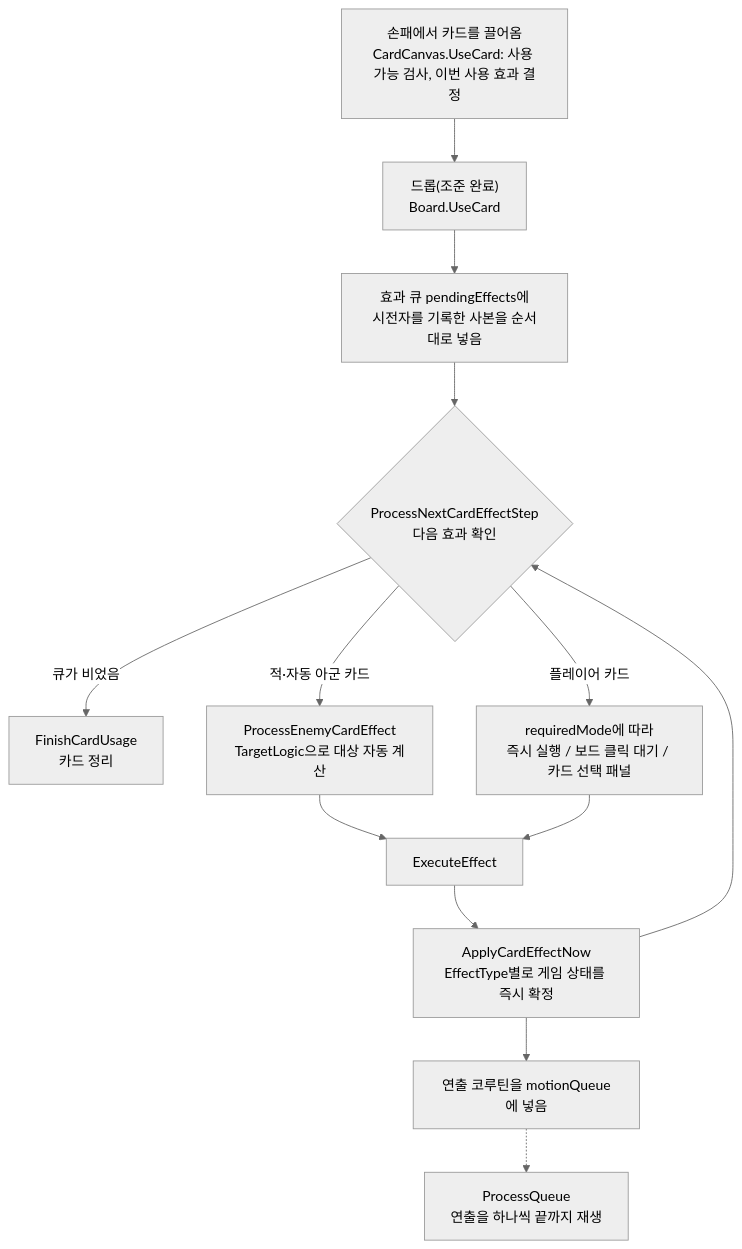
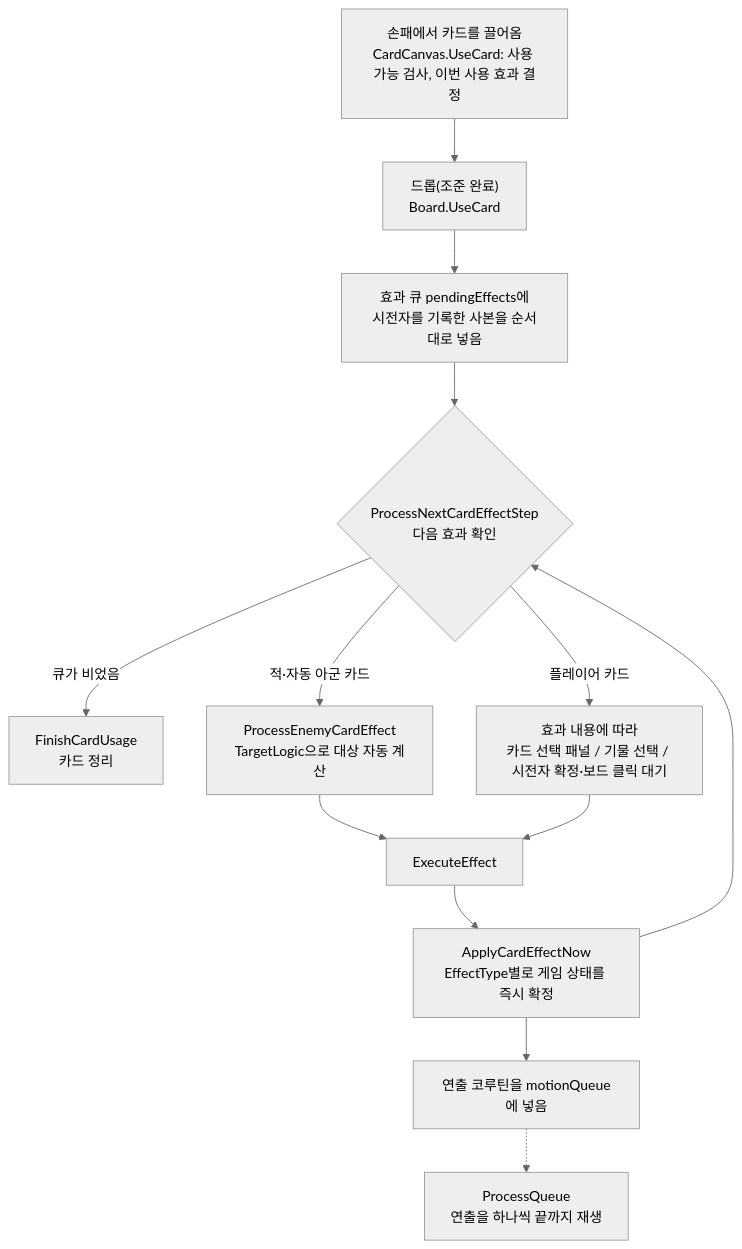
Before and after one commit to yangsonguk11/ChessRogueLike: the diagram in docs/CardEffect_Pipeline.md, drawn with Mermaid (neutral theme). The commit also changed other lines of this file and 2127 other files, not shown here.

````diff
--- a/docs/CardEffect_Pipeline.md
+++ b/docs/CardEffect_Pipeline.md
@@ -29,15 +29,15 @@
 ```mermaid
 flowchart TD
     A["손패에서 카드를 끌어옴<br/>CardCanvas.UseCard: 사용 가능 검사, 이번 사용 효과 결정"] --> B["드롭(조준 완료)<br/>Board.UseCard"]
     B --> C["효과 큐 pendingEffects에<br/>시전자를 기록한 사본을 순서대로 넣음"]
     C --> D{"ProcessNextCardEffectStep<br/>다음 효과 확인"}
     D -- "큐가 비었음" --> Z["FinishCardUsage<br/>카드 정리"]
     D -- "적·자동 아군 카드" --> E["ProcessEnemyCardEffect<br/>TargetLogic으로 대상 자동 계산"]
-    D -- "플레이어 카드" --> F["requiredMode에 따라<br/>즉시 실행 / 보드 클릭 대기 / 카드 선택 패널"]
+    D -- "플레이어 카드" --> F["효과 내용에 따라<br/>카드 선택 패널 / 기물 선택 / 시전자 확정·보드 클릭 대기"]
     E --> G["ExecuteEffect"]
     F --> G
     G --> H["ApplyCardEffectNow<br/>EffectType별로 게임 상태를 즉시 확정"]
     H --> I["연출 코루틴을 motionQueue에 넣음"]
     H --> D
     I -.-> J["ProcessQueue<br/>연출을 하나씩 끝까지 재생"]
 ```
````
